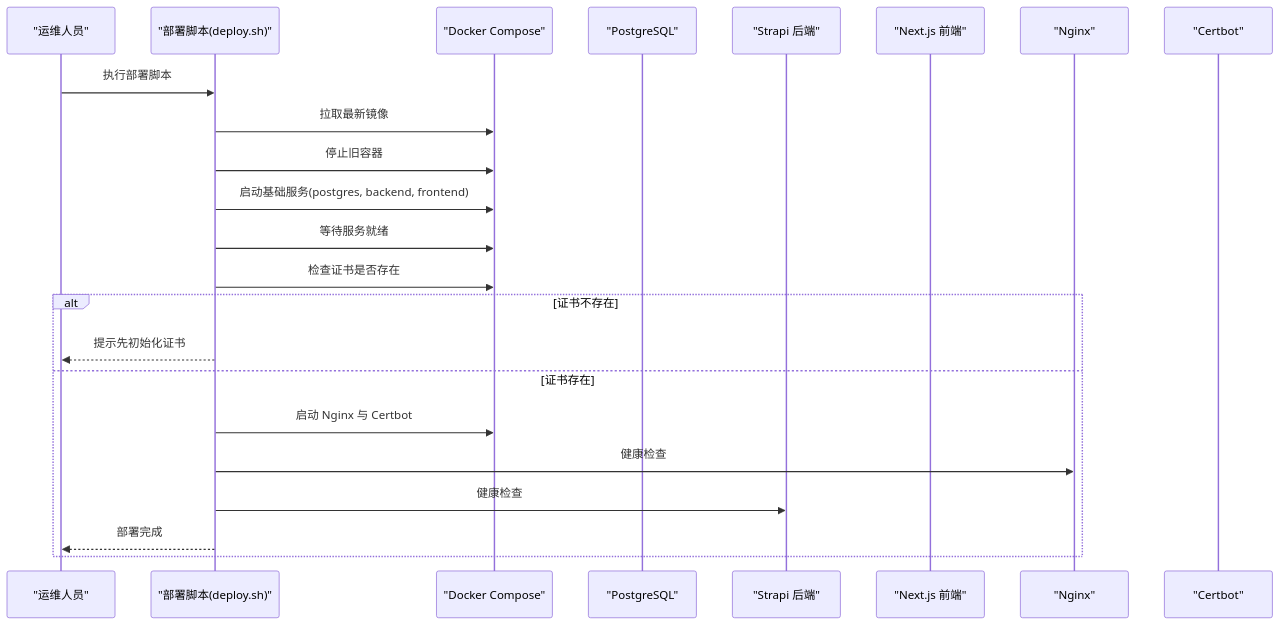
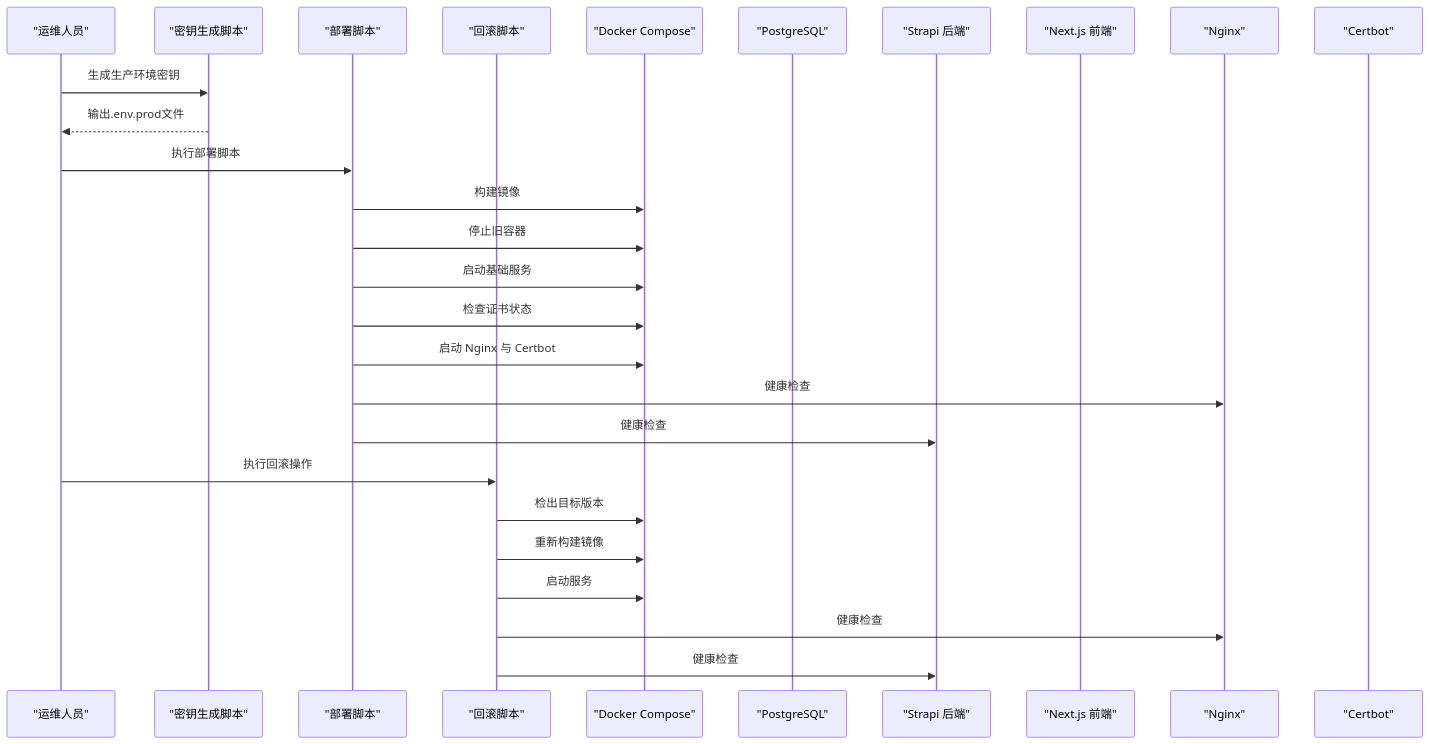
The second of 8 diagrams in .qoder/repowiki/zh/content/部署和运维/部署配置/自动化部署脚本.md (Will0253/zczk), drawn with Mermaid before and after one commit. The commit also changed other lines of this file and 13 other files, not shown here.

````diff
--- a/.qoder/repowiki/zh/content/部署和运维/部署配置/自动化部署脚本.md
+++ b/.qoder/repowiki/zh/content/部署和运维/部署配置/自动化部署脚本.md
@@ -78,25 +97,29 @@
 ```mermaid
 sequenceDiagram
 participant Ops as "运维人员"
-participant Script as "部署脚本(deploy.sh)"
+participant SecretGen as "密钥生成脚本"
+participant Deploy as "部署脚本"
+participant Rollback as "回滚脚本"
 participant Docker as "Docker Compose"
 participant Postgres as "PostgreSQL"
 participant Backend as "Strapi 后端"
 participant Frontend as "Next.js 前端"
 participant Nginx as "Nginx"
 participant Certbot as "Certbot"
-Ops->>Script : 执行部署脚本
-Script->>Docker : 拉取最新镜像
-Script->>Docker : 停止旧容器
-Script->>Docker : 启动基础服务(postgres, backend, frontend)
-Script->>Docker : 等待服务就绪
-Script->>Docker : 检查证书是否存在
-alt 证书不存在
-Script-->>Ops : 提示先初始化证书
-else 证书存在
-Script->>Docker : 启动 Nginx 与 Certbot
-Script->>Nginx : 健康检查
-Script->>Backend : 健康检查
-Script-->>Ops : 部署完成
-end
+Ops->>SecretGen : 生成生产环境密钥
+SecretGen-->>Ops : 输出.env.prod文件
+Ops->>Deploy : 执行部署脚本
+Deploy->>Docker : 构建镜像
+Deploy->>Docker : 停止旧容器
+Deploy->>Docker : 启动基础服务
+Deploy->>Docker : 检查证书状态
+Deploy->>Docker : 启动 Nginx 与 Certbot
+Deploy->>Nginx : 健康检查
+Deploy->>Backend : 健康检查
+Ops->>Rollback : 执行回滚操作
+Rollback->>Docker : 检出目标版本
+Rollback->>Docker : 重新构建镜像
+Rollback->>Docker : 启动服务
+Rollback->>Nginx : 健康检查
+Rollback->>Backend : 健康检查
 ```
````
